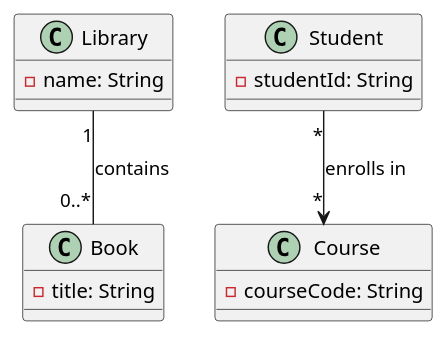
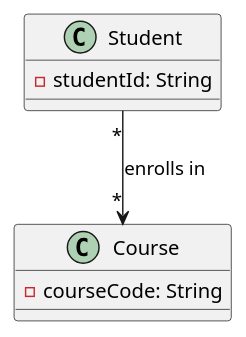
One commit to andikatjacobdennis/UML changed the third of 9 diagrams in relationships/UML_Relationships_Tutorial.md. Above: the diagram before and after it, drawn with PlantUML. The commit also changed other lines of this file, not shown here.

````diff
--- a/relationships/UML_Relationships_Tutorial.md
+++ b/relationships/UML_Relationships_Tutorial.md
@@ -47,19 +70,11 @@
 ```plantuml
 @startuml
-class Library {
-  -name: String
-}
-class Book {
-  -title: String
-}
-Library "1" -- "0..*" Book : contains
-
 class Student {
   -studentId: String
 }
 class Course {
   -courseCode: String
 }
 Student "*" --> "*" Course : enrolls in
 @enduml
 ```
````
